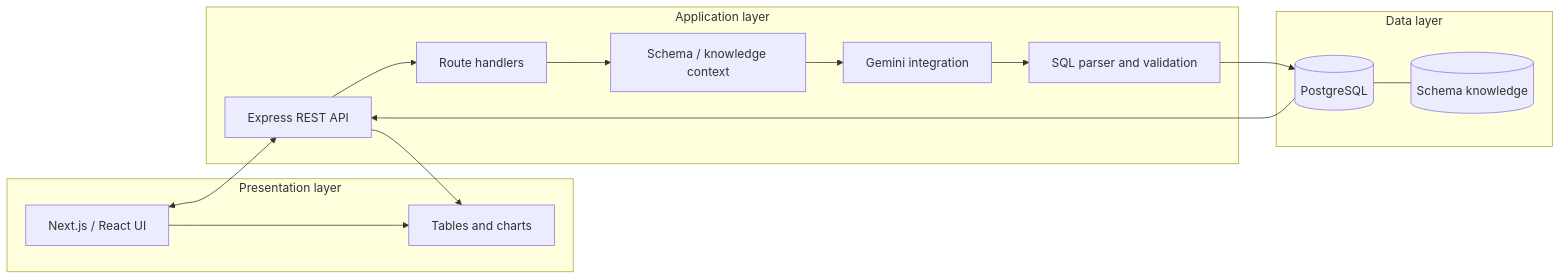
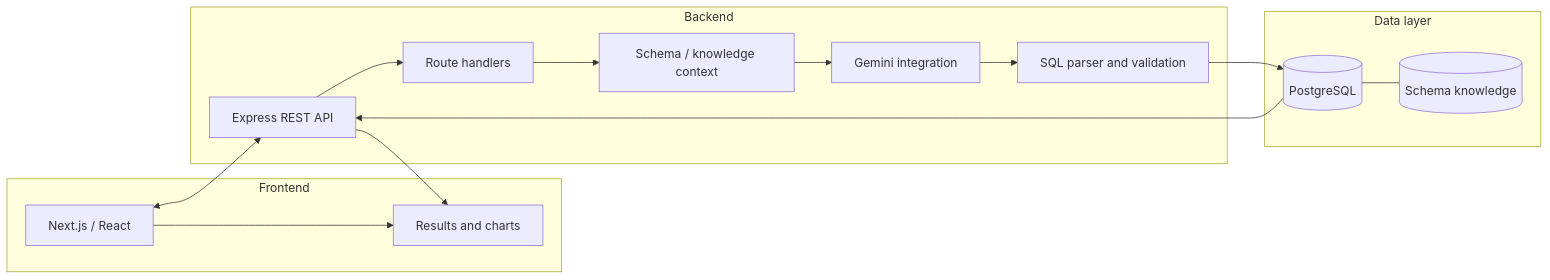
The second of 2 diagrams in README.md (Gautam0804/QueryMind), drawn with Mermaid before and after one commit. The commit also changed other lines of this file, not shown here.

````diff
--- a/README.md
+++ b/README.md
@@ -68,31 +73,28 @@
 ```mermaid
 flowchart LR
-    subgraph Client["Presentation layer"]
-        UI["Next.js / React UI"]
-        VIS["Tables and charts"]
-        UI --> VIS
+    subgraph UI["Frontend"]
+        A["Next.js / React"]
+        B["Results and charts"]
+        A --> B
     end
 
-    subgraph Server["Application layer"]
-        API["Express REST API"]
-        ROUTES["Route handlers"]
-        CTX["Schema / knowledge context"]
-        LLM["Gemini integration"]
-        SAFE["SQL parser and validation"]
-        API --> ROUTES
-        ROUTES --> CTX
-        CTX --> LLM
-        LLM --> SAFE
+    subgraph API["Backend"]
+        C["Express REST API"]
+        D["Route handlers"]
+        E["Schema / knowledge context"]
+        F["Gemini integration"]
+        G["SQL parser and validation"]
+        C --> D --> E --> F --> G
     end
 
-    subgraph Data["Data layer"]
-        PG[("PostgreSQL")]
-        KNOW[("Schema knowledge")]
-        PG --- KNOW
+    subgraph DB["Data layer"]
+        H[("PostgreSQL")]
+        I[("Schema knowledge")]
+        H --- I
     end
 
-    UI <--> API
-    SAFE --> PG
-    PG --> API
-    API --> VIS
+    A <--> C
+    G --> H
+    H --> C
+    C --> B
 ```
````
